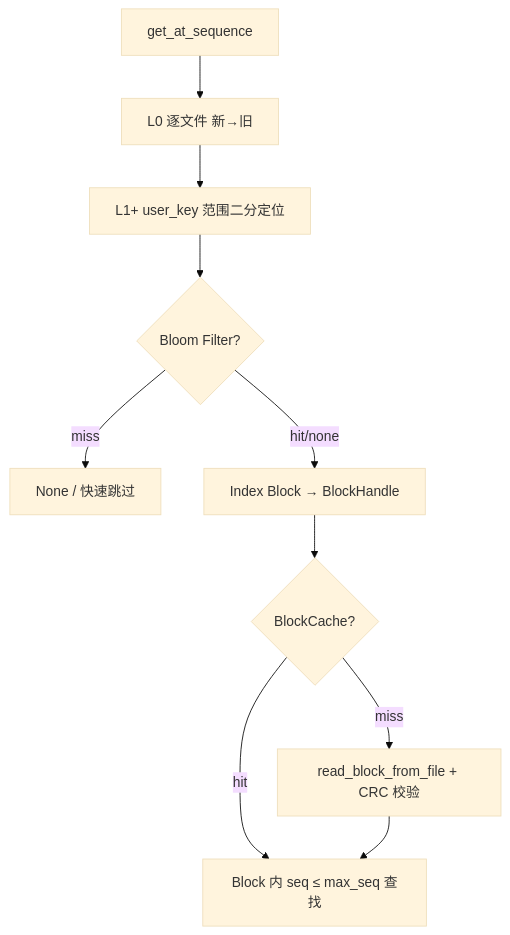
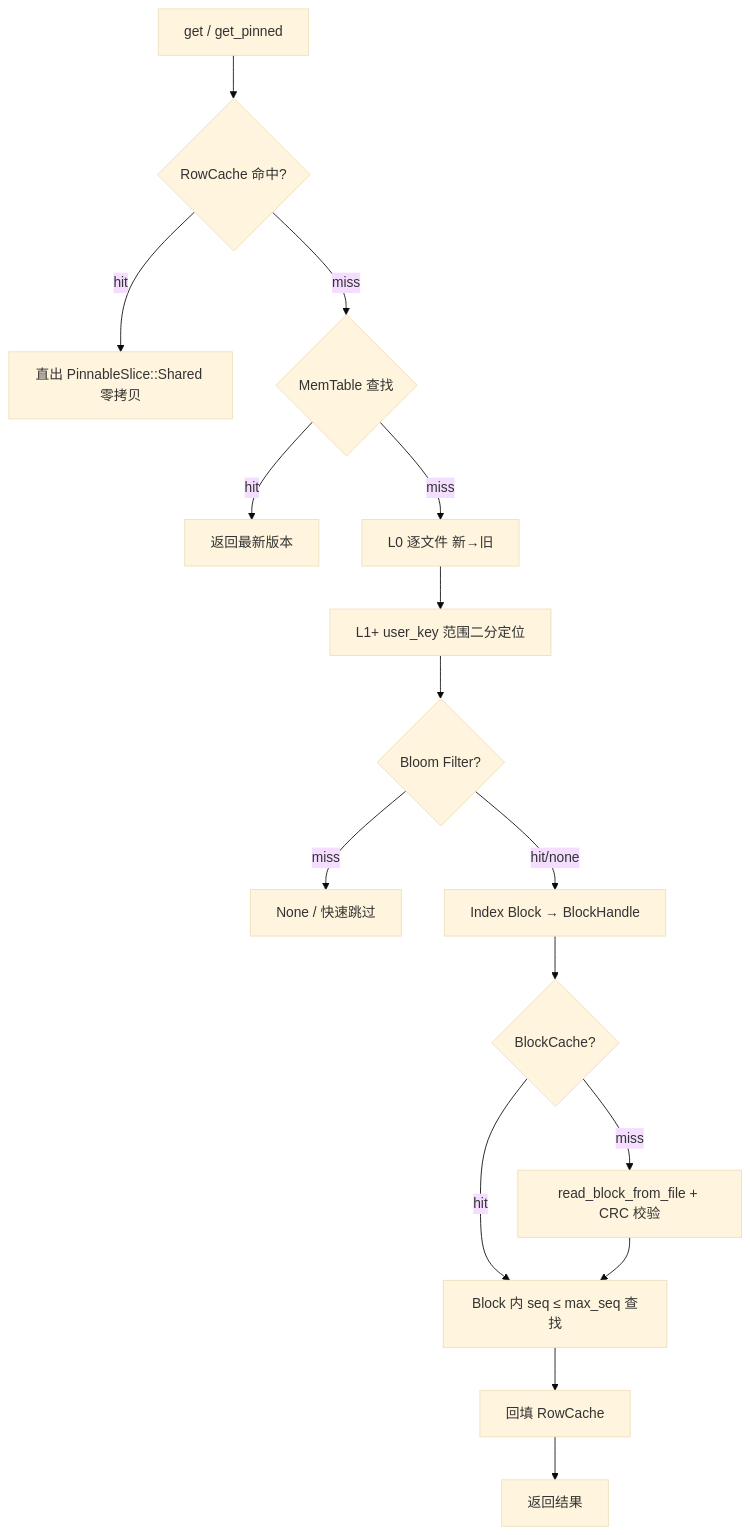
One commit to wiqun/AiDb changed the second of 4 diagrams in docs/modules/02-engine-storage.md. Above: the diagram before and after it, drawn with Mermaid (base theme). The commit also changed other lines of this file and 28 other files, not shown here.

````diff
--- a/docs/modules/02-engine-storage.md
+++ b/docs/modules/02-engine-storage.md
@@ -85,12 +86,18 @@
 ```mermaid
 flowchart TD
-    G[get_at_sequence] --> L0[L0 逐文件 新→旧]
+    G[get / get_pinned] --> RC{RowCache 命中?}
+    RC -->|hit| PS[直出 PinnableSlice::Shared 零拷贝]
+    RC -->|miss| MEM{MemTable 查找}
+    MEM -->|hit| RET1[返回最新版本]
+    MEM -->|miss| L0[L0 逐文件 新→旧]
     L0 --> LN[L1+ user_key 范围二分定位]
     LN --> BF{Bloom Filter?}
     BF -->|miss| X[None / 快速跳过]
     BF -->|hit/none| IDX[Index Block → BlockHandle]
     IDX --> CD{BlockCache?}
     CD -->|hit| SCAN[Block 内 seq ≤ max_seq 查找]
     CD -->|miss| DISK[read_block_from_file + CRC 校验]
     DISK --> SCAN
+    SCAN --> WB[回填 RowCache]
+    WB --> RET2[返回结果]
 ```
````
